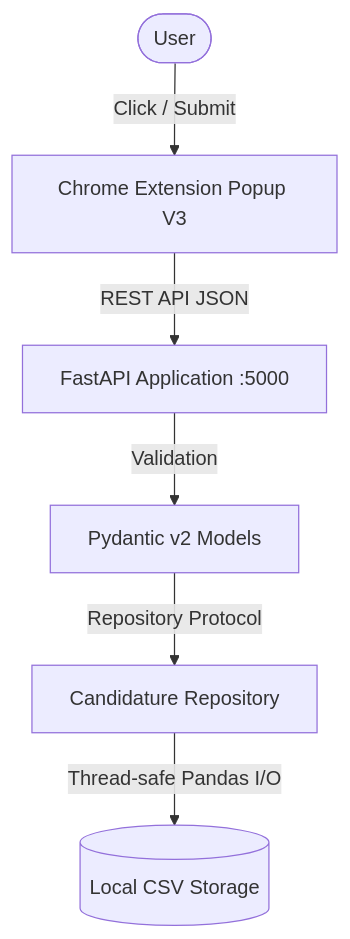
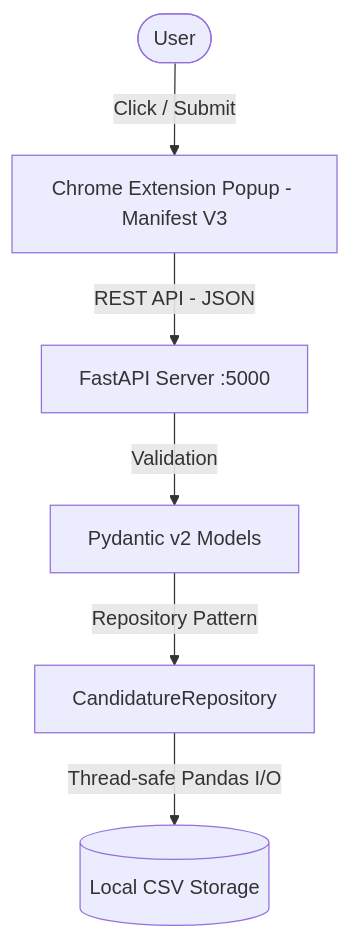
One commit to loic-xu/job-tracker changed the diagram in README.md. Above: the diagram before and after it, drawn with Mermaid. The commit also changed other lines of this file and 14 other files, not shown here.

````diff
--- a/README.md
+++ b/README.md
@@ -15,8 +34,8 @@
 ```mermaid
 graph TD
-    User([User]) -->|Click / Submit| Popup[Chrome Extension Popup V3]
-    Popup -->|REST API JSON| Server[FastAPI Application :5000]
+    User([User]) -->|Click / Submit| Popup[Chrome Extension Popup - Manifest V3]
+    Popup -->|REST API - JSON| Server[FastAPI Server :5000]
     Server -->|Validation| Pydantic[Pydantic v2 Models]
-    Pydantic -->|Repository Protocol| Repo[Candidature Repository]
+    Pydantic -->|Repository Pattern| Repo[CandidatureRepository]
     Repo -->|Thread-safe Pandas I/O| CSV[(Local CSV Storage)]
 ```
````
